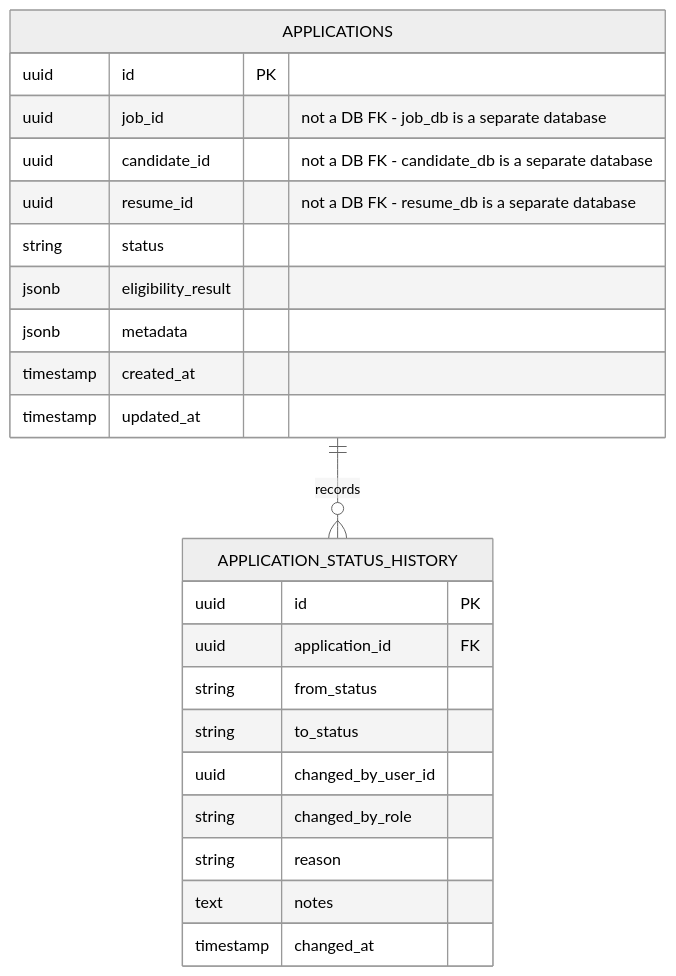
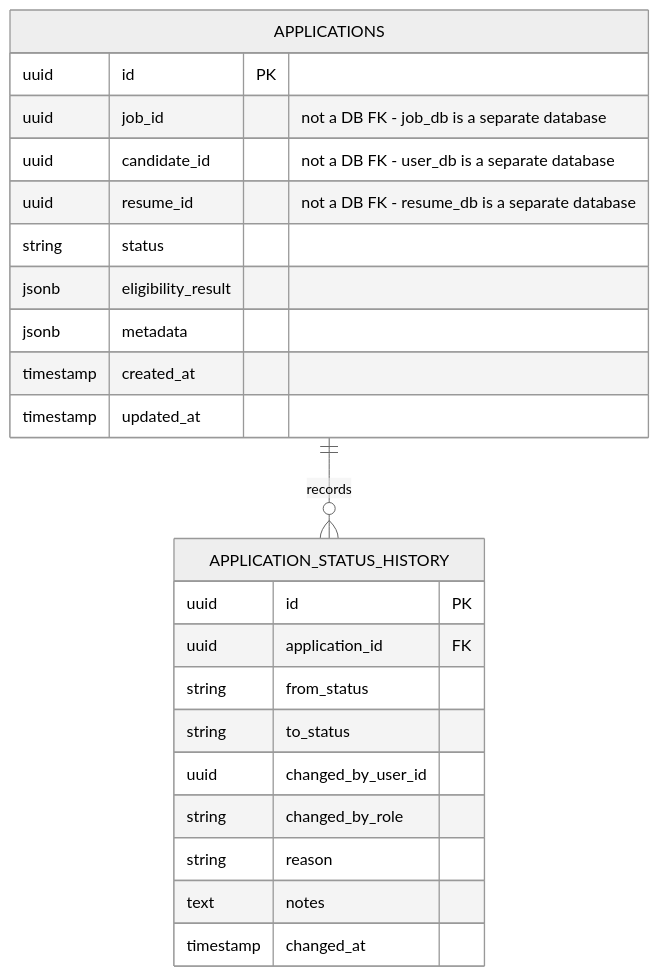
The fourth of 5 diagrams in docs/DATABASE.md (afnan-emumba/smart-hire), drawn with Mermaid (neutral theme) before and after one commit. The commit also changed other lines of this file and 84 other files, not shown here.

First line of the commit message:
feat: Initialize user service with API, database models, and client integrations

````diff
--- a/docs/DATABASE.md
+++ b/docs/DATABASE.md
@@ -127,28 +121,28 @@
 ```mermaid
 erDiagram
     APPLICATIONS ||--o{ APPLICATION_STATUS_HISTORY : records
 
     APPLICATIONS {
         uuid id PK
         uuid job_id "not a DB FK - job_db is a separate database"
-        uuid candidate_id "not a DB FK - candidate_db is a separate database"
+        uuid candidate_id "not a DB FK - user_db is a separate database"
         uuid resume_id "not a DB FK - resume_db is a separate database"
         string status
         jsonb eligibility_result
         jsonb metadata
         timestamp created_at
         timestamp updated_at
     }
 
     APPLICATION_STATUS_HISTORY {
         uuid id PK
         uuid application_id FK
         string from_status
         string to_status
         uuid changed_by_user_id
         string changed_by_role
         string reason
         text notes
         timestamp changed_at
     }
 ```
````
